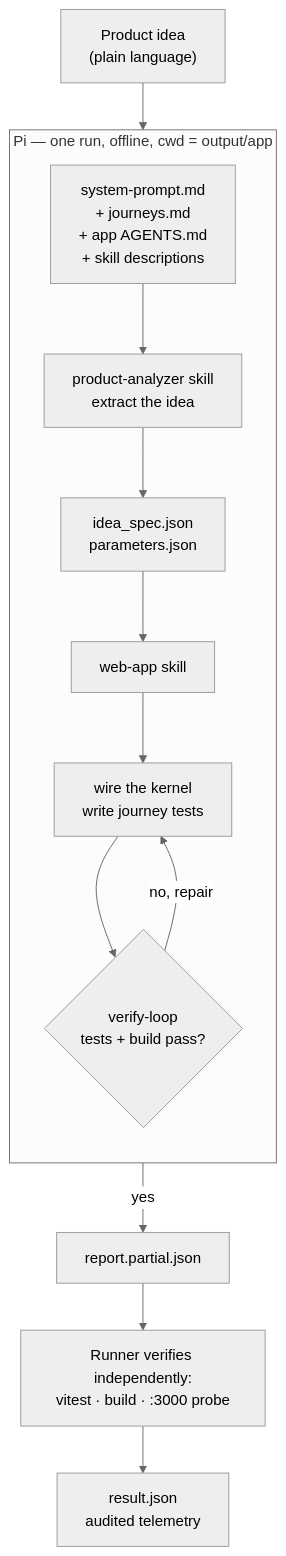
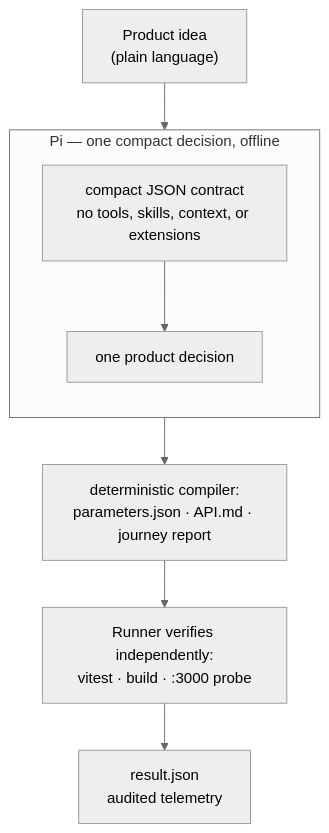
One commit to markus-marandi/agentcofounder changed the diagram in README.md. Above: the diagram before and after it, drawn with Mermaid (neutral theme). The commit also changed other lines of this file and 22 other files, not shown here.

Commit message:
feat: add token-efficient one-call runner

````diff
--- a/README.md
+++ b/README.md
@@ -18,21 +18,16 @@
 ```mermaid
 flowchart TD
-    idea["Product idea<br/>(plain language)"] --> pi
+    idea["Product idea<br/>(plain language)"] --> session
 
-    subgraph pi["Pi — one run, offline, cwd = output/app"]
+    subgraph session["Pi — one compact decision, offline"]
         direction TB
-        prompt["system-prompt.md<br/>+ journeys.md<br/>+ app AGENTS.md<br/>+ skill descriptions"]
-        analyzer["product-analyzer skill<br/>extract the idea"]
-        spec["idea_spec.json<br/>parameters.json"]
-        route["web-app skill"]
-        build["wire the kernel<br/>write journey tests"]
-        loop{"verify-loop<br/>tests + build pass?"}
+        prompt["compact JSON contract<br/>no tools, skills, context, or extensions"]
+        decision["one product decision"]
 
-        prompt --> analyzer --> spec --> route --> build --> loop
-        loop -- "no, repair" --> build
+        prompt --> decision
     end
 
-    loop -- yes --> report["report.partial.json"]
-    report --> runner["Runner verifies independently:<br/>vitest · build · :3000 probe"]
+    decision --> compiler["deterministic compiler:<br/>parameters.json · API.md · journey report"]
+    compiler --> runner["Runner verifies independently:<br/>vitest · build · :3000 probe"]
     runner --> result["result.json<br/>audited telemetry"]
 ```
````
